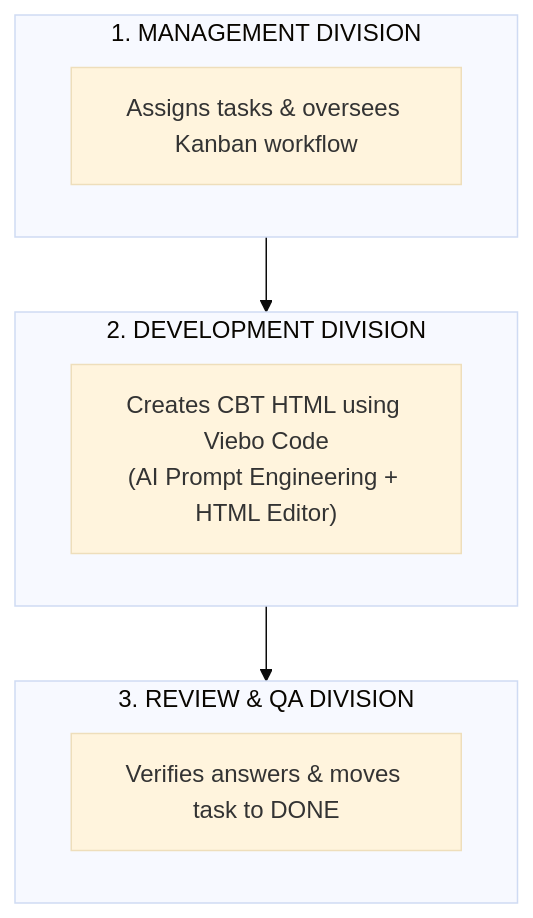
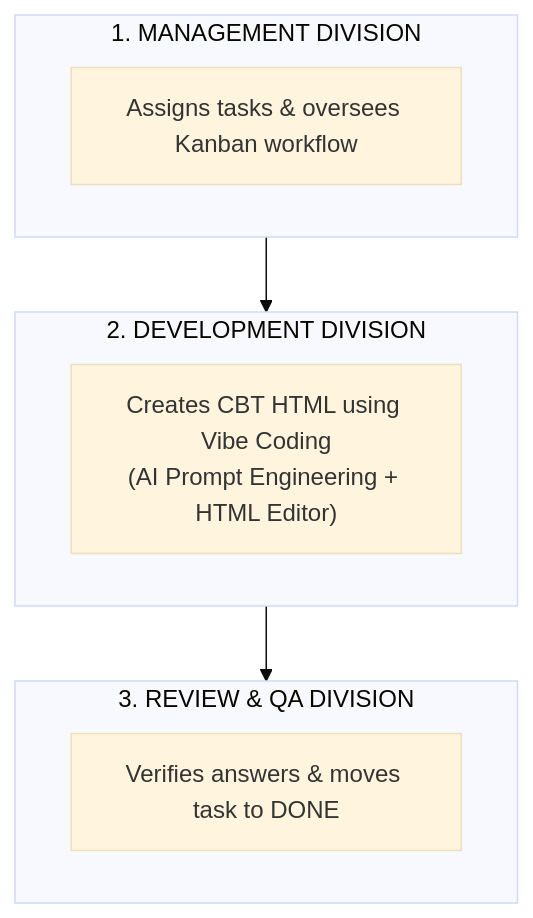
Before and after one commit to alchemist4real/174: the second of 2 diagrams in README.md, drawn with Mermaid (base theme). The commit also changed other lines of this file and 9 other files, not shown here.

Commit message:
docs: fix typo 'Viebo Code' to 'Vibe Coding'

````diff
--- a/README.md
+++ b/README.md
@@ -105,15 +105,15 @@
 ```mermaid
 graph TD
     subgraph M["1. MANAGEMENT DIVISION"]
         M1["Assigns tasks & oversees Kanban workflow"]
     end
     subgraph D["2. DEVELOPMENT DIVISION"]
-        D1["Creates CBT HTML using Viebo Code<br/>(AI Prompt Engineering + HTML Editor)"]
+        D1["Creates CBT HTML using Vibe Coding<br/>(AI Prompt Engineering + HTML Editor)"]
     end
     subgraph R["3. REVIEW & QA DIVISION"]
         R1["Verifies answers & moves task to DONE"]
     end
 
     M --> D
     D --> R
 ```
````
